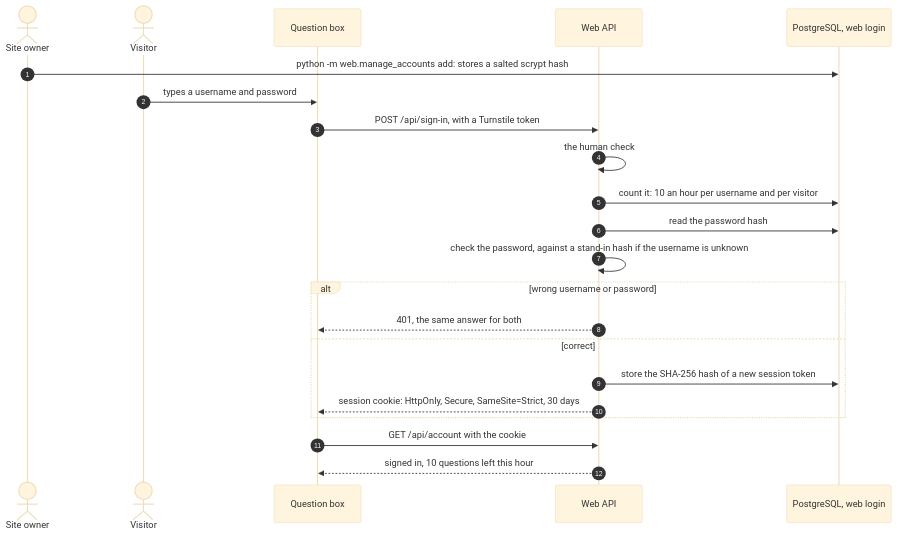
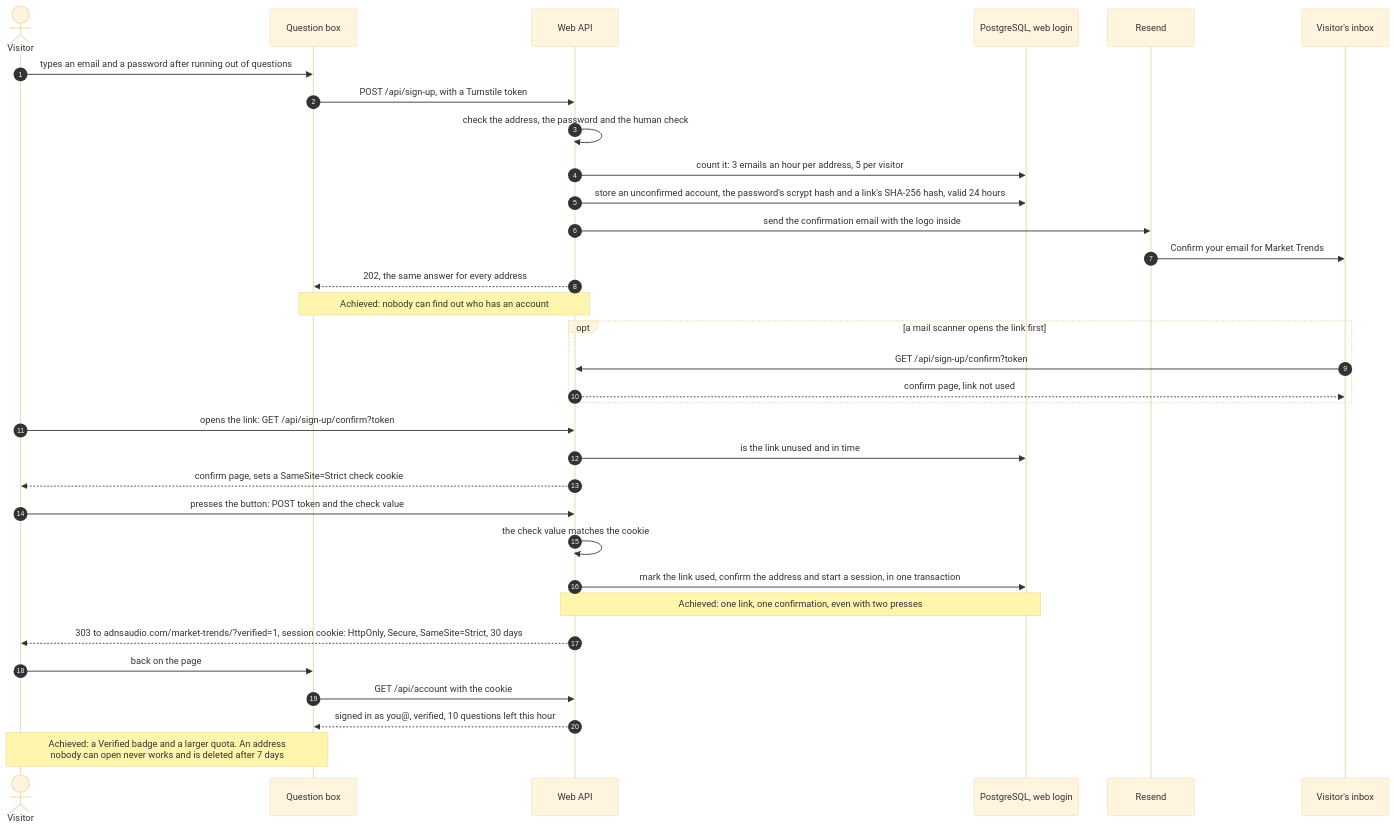
Before and after one commit to AntonisKol/music-catalogue-market-trends-wip: the fifth of 5 diagrams in docs/architecture.md, drawn with Mermaid (base theme). The commit also changed other lines of this file and 17 other files, not shown here.

First line of the commit message:
Let visitors sign up with email and password, confirm by email and return verified (#51)

````diff
--- a/docs/architecture.md
+++ b/docs/architecture.md
@@ -357,25 +359,36 @@
 ```mermaid
 sequenceDiagram
     autonumber
-    actor O as Site owner
     actor V as Visitor
     participant UI as Question box
     participant API as Web API
     participant Pg as PostgreSQL, web login
+    participant RS as Resend
+    participant M as Visitor's inbox
 
-    O->>Pg: python -m web.manage_accounts add: stores a salted scrypt hash
-    V->>UI: types a username and password
-    UI->>API: POST /api/sign-in, with a Turnstile token
-    API->>API: the human check
-    API->>Pg: count it: 10 an hour per username and per visitor
-    API->>Pg: read the password hash
-    API->>API: check the password, against a stand-in hash if the username is unknown
-    alt wrong username or password
-        API-->>UI: 401, the same answer for both
-    else correct
-        API->>Pg: store the SHA-256 hash of a new session token
-        API-->>UI: session cookie: HttpOnly, Secure, SameSite=Strict, 30 days
+    V->>UI: types an email and a password after running out of questions
+    UI->>API: POST /api/sign-up, with a Turnstile token
+    API->>API: check the address, the password and the human check
+    API->>Pg: count it: 3 emails an hour per address, 5 per visitor
+    API->>Pg: store an unconfirmed account, the password's scrypt hash and a link's SHA-256 hash, valid 24 hours
+    API->>RS: send the confirmation email with the logo inside
+    RS->>M: Confirm your email for Market Trends
+    API-->>UI: 202, the same answer for every address
+    Note over UI,API: Achieved: nobody can find out who has an account
+    opt a mail scanner opens the link first
+        M->>API: GET /api/sign-up/confirm?token
+        API-->>M: confirm page, link not used
     end
+    V->>API: opens the link: GET /api/sign-up/confirm?token
+    API->>Pg: is the link unused and in time
+    API-->>V: confirm page, sets a SameSite=Strict check cookie
+    V->>API: presses the button: POST token and the check value
+    API->>API: the check value matches the cookie
+    API->>Pg: mark the link used, confirm the address and start a session, in one transaction
+    Note over API,Pg: Achieved: one link, one confirmation, even with two presses
+    API-->>V: 303 to adnsaudio.com/market-trends/?verified=1, session cookie: HttpOnly, Secure, SameSite=Strict, 30 days
+    V->>UI: back on the page
     UI->>API: GET /api/account with the cookie
-    API-->>UI: signed in, 10 questions left this hour
+    API-->>UI: signed in as you@, verified, 10 questions left this hour
+    Note over V,UI: Achieved: a Verified badge and a larger quota. An address<br/>nobody can open never works and is deleted after 7 days
 ```
````
